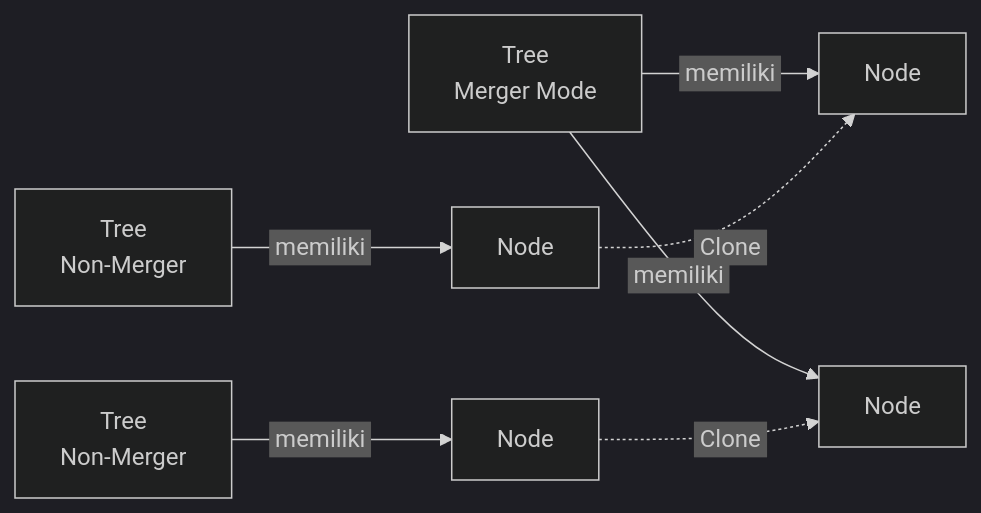
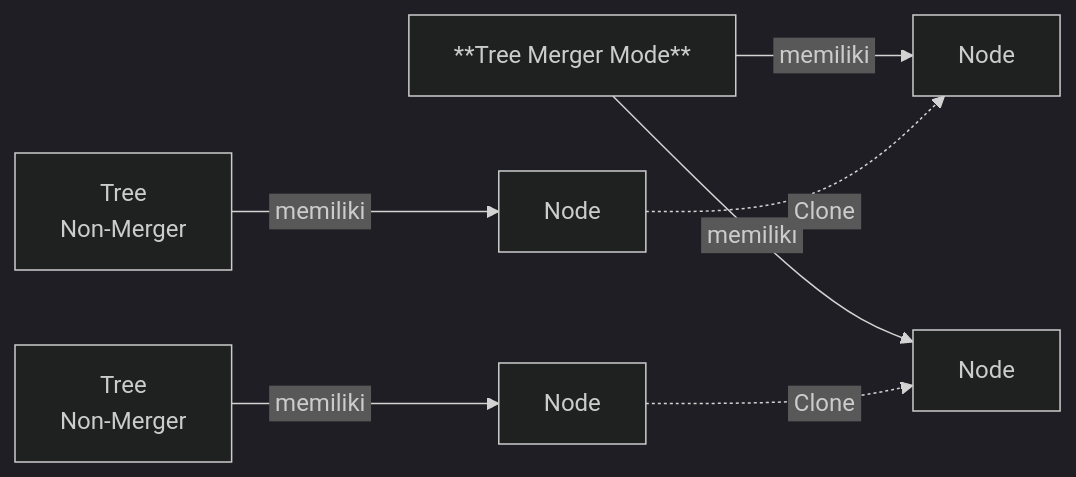
The first of 2 diagrams in Docs/Modul Data/Tree/Apa itu Tree.md (ginalne/phoenix-docs), drawn with Mermaid (dark theme) before and after one commit.

Commit message:
Update Docs/Modul Data/Tree/Apa itu Tree.md

````diff
--- a/Docs/Modul Data/Tree/Apa itu Tree.md
+++ b/Docs/Modul Data/Tree/Apa itu Tree.md
@@ -42,9 +42,9 @@
 ```mermaid
 flowchart LR
-    M["Tree<br>Merger Mode"] -->|"&nbsp;memiliki&nbsp;"| N1["Node"]
+    M["**Tree Merger Mode**<br>"] -->|"&nbsp;memiliki&nbsp;"| N1["Node"]
     M -->|"&nbsp;memiliki&nbsp;"| N4["Node"]
     N2["Node"] -.->|"&nbsp;Clone&nbsp;"| N1
     N3["Node"] -.->|"&nbsp;Clone&nbsp;"| N4
     A["Tree<br>Non-Merger"] -->|"&nbsp;memiliki&nbsp;"| N2
     B["Tree<br>Non-Merger"] -->|"&nbsp;memiliki&nbsp;"| N3
 ```
````
